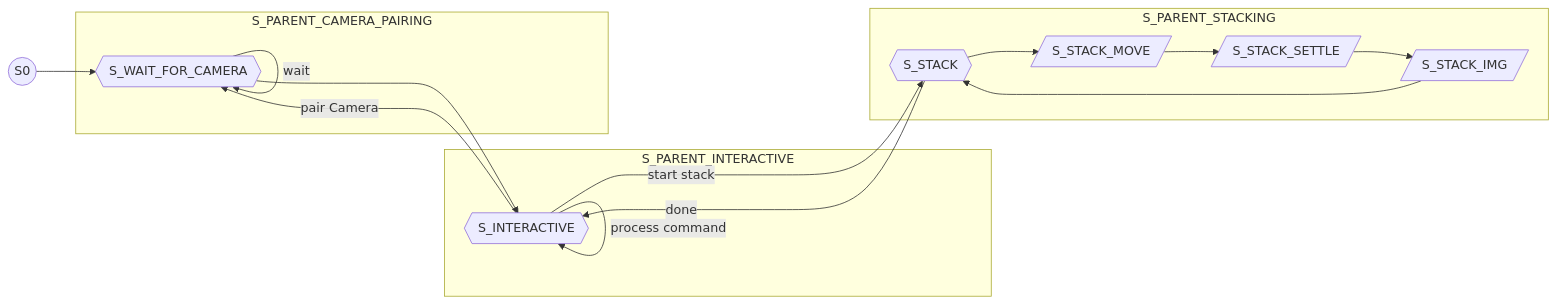
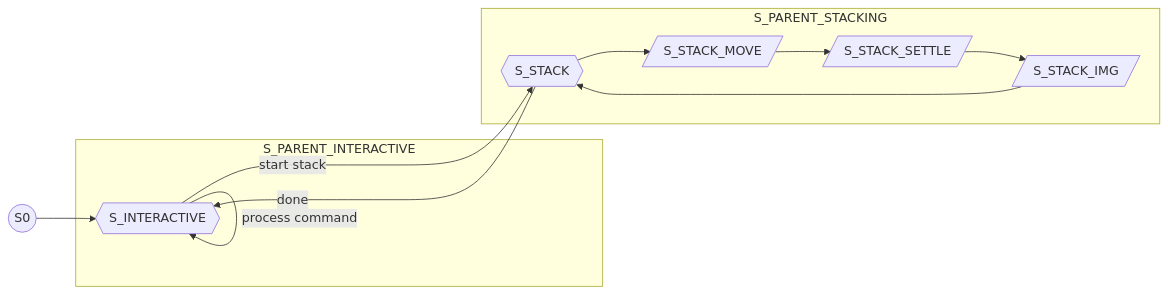
The diagram in app/mermaid.StateMachine.mmd (maxhbr/zephyr-rail), drawn with Mermaid before and after one commit. The commit also changed 10 other files, not shown here.

Commit message:
drop manual pairing of camera

```diff
--- a/app/mermaid.StateMachine.mmd
+++ b/app/mermaid.StateMachine.mmd
@@ -1,38 +1,31 @@
 flowchart LR;
     S0((S0));
 
     subgraph S_PARENT_INTERACTIVE
       S_INTERACTIVE{{S_INTERACTIVE}}
-    end
-
-    subgraph S_PARENT_CAMERA_PAIRING
-      S_WAIT_FOR_CAMERA{{S_WAIT_FOR_CAMERA}}
     end
     
     subgraph S_PARENT_STACKING;
       S_STACK{{S_STACK}}
     
       S_STACK_MOVE[/S_STACK_MOVE/]
       S_STACK_SETTLE[/S_STACK_SETTLE/]
       S_STACK_IMG[/S_STACK_IMG/]
     end
 
-    S0 --> S_WAIT_FOR_CAMERA;
-    S_WAIT_FOR_CAMERA --> S_INTERACTIVE;
-    S_WAIT_FOR_CAMERA -->|wait| S_WAIT_FOR_CAMERA;
-    S_INTERACTIVE --->|pair Camera| S_WAIT_FOR_CAMERA;
+    S0 --> S_INTERACTIVE;
     
     S_INTERACTIVE -->|process command| S_INTERACTIVE;
     S_INTERACTIVE -->|start stack| S_STACK;
     S_STACK --->|done| S_INTERACTIVE;
     S_STACK_MOVE --> S_STACK_SETTLE;
     S_STACK_SETTLE --> S_STACK_IMG;
     S_STACK_IMG --> S_STACK;
     S_STACK --> S_STACK_MOVE;
 
     %% subgraph S_PARENT_RECORDING
     %%   S_RECORD{{S_RECORD}}
     %% end
 
     %% S_INTERACTIVE ---->|start record| S_RECORD;
     %% S_RECORD ---->|done| S_INTERACTIVE;
```
